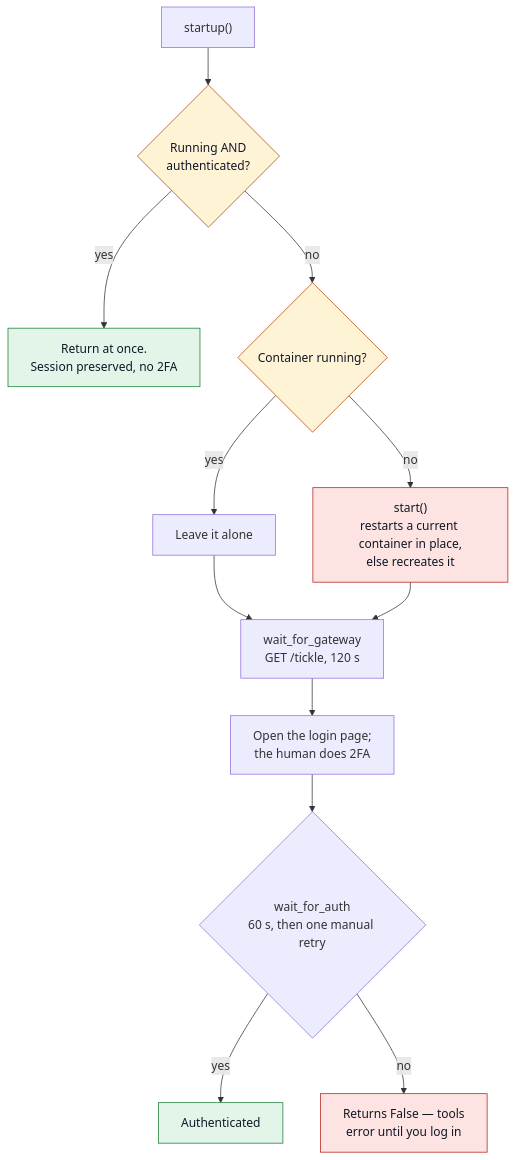
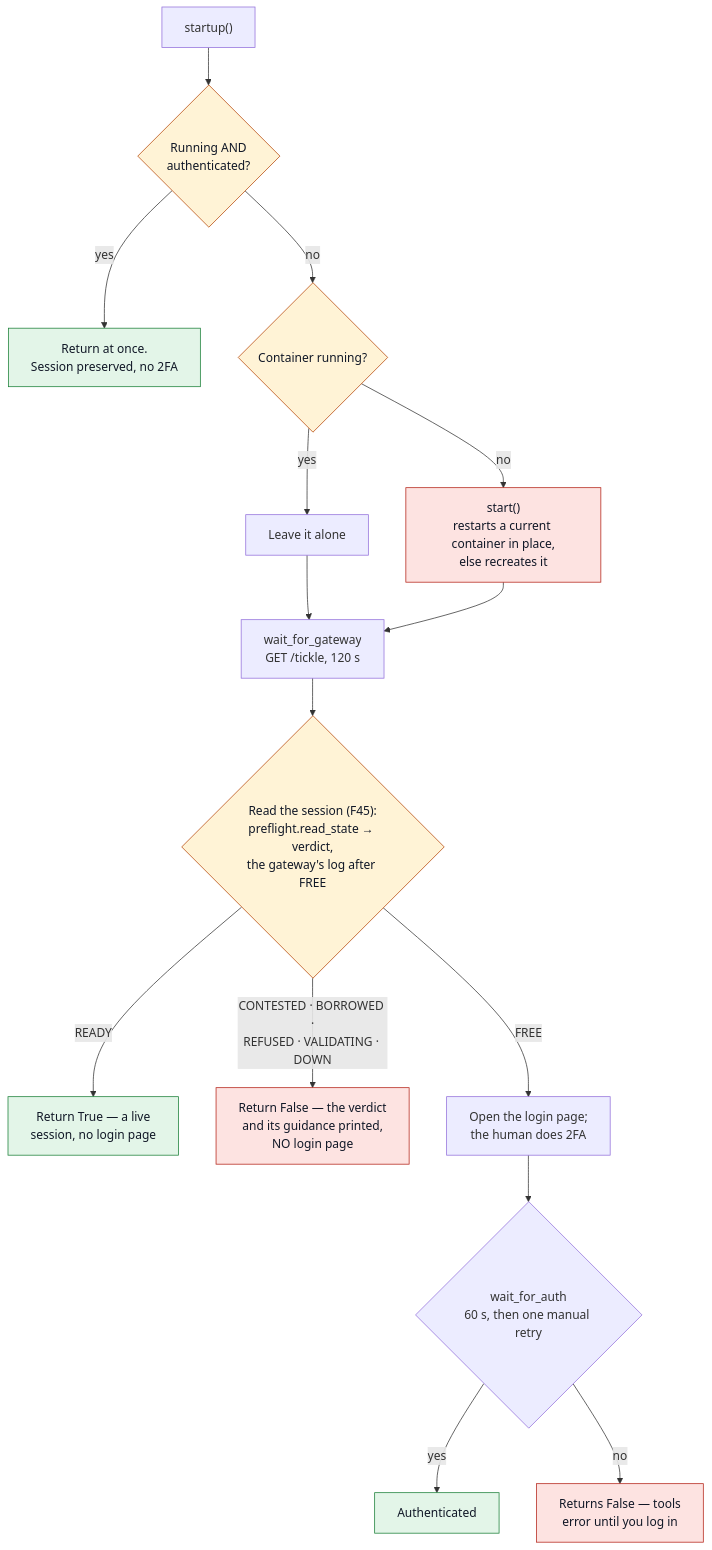
The first of 3 diagrams in docs/gateway-auth-reference.md (stephus182/ibkr_core_mcp), drawn with Mermaid before and after one commit. The commit also changed other lines of this file and 9 other files, not shown here.

````diff
--- a/docs/gateway-auth-reference.md
+++ b/docs/gateway-auth-reference.md
@@ -53,22 +53,25 @@
 ```mermaid
 flowchart TB
     classDef safe fill:#e3f5e8,stroke:#1a7f37,color:#111827
     classDef guard fill:#fff3d6,stroke:#b54708,color:#111827
     classDef destr fill:#fde3e1,stroke:#b42318,color:#111827
 
     S["startup()"] --> P{"Running AND<br/>authenticated?"}
     P -->|yes| FAST["Return at once.<br/>Session preserved, no 2FA"]
     P -->|no| R{"Container running?"}
     R -->|yes| SKIP["Leave it alone"]
     R -->|no| ST["start()<br/>restarts a current container in place,<br/>else recreates it"]
     SKIP --> W["wait_for_gateway<br/>GET /tickle, 120 s"]
     ST --> W
-    W --> L["Open the login page;<br/>the human does 2FA"]
+    W --> G{"Read the session (F45):<br/>preflight.read_state → verdict,<br/>the gateway's log after FREE"}
+    G -->|"READY"| FAST2["Return True — a live<br/>session, no login page"]
+    G -->|"CONTESTED · BORROWED ·<br/>REFUSED · VALIDATING · DOWN"| NO["Return False — the verdict<br/>and its guidance printed,<br/>NO login page"]
+    G -->|"FREE"| L["Open the login page;<br/>the human does 2FA"]
     L --> V{"wait_for_auth<br/>60 s, then one manual retry"}
     V -->|yes| OK["Authenticated"]
     V -->|no| DEG["Returns False — tools<br/>error until you log in"]
 
-    class FAST,OK safe
-    class P,R guard
-    class ST,DEG destr
+    class FAST,FAST2,OK safe
+    class P,R,G guard
+    class ST,DEG,NO destr
 ```
````
